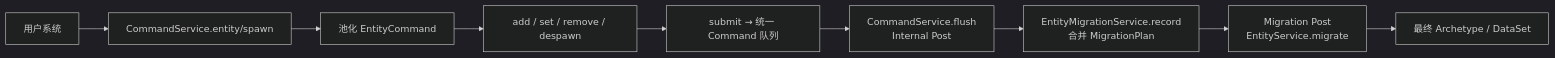
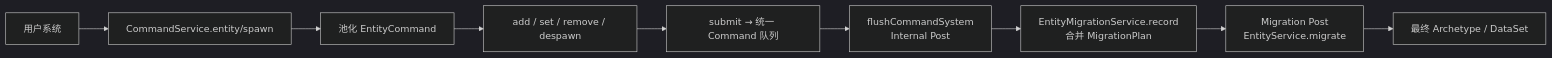
Before and after one commit to 465089258/zero-ecs: the seventh of 12 diagrams in docs/architecture.md, drawn with Mermaid (dark theme). The commit also changed other lines of this file and 122 other files, not shown here.

````diff
--- a/docs/architecture.md
+++ b/docs/architecture.md
@@ -184,11 +188,11 @@
 ```mermaid
 flowchart LR
     System["用户系统"] --> Manager["CommandService.entity/spawn"]
     Manager --> Writer["池化 EntityCommand"]
     Writer --> Ops["add / set / remove / despawn"]
     Ops --> Submit["submit → 统一 Command 队列"]
-    Submit --> Flush["CommandService.flush<br/>Internal Post"]
+    Submit --> Flush["flushCommandSystem<br/>Internal Post"]
     Flush --> Plan["EntityMigrationService.record<br/>合并 MigrationPlan"]
     Plan --> Migrate["Migration Post<br/>EntityService.migrate"]
     Migrate --> Target["最终 Archetype / DataSet"]
 ```
````
